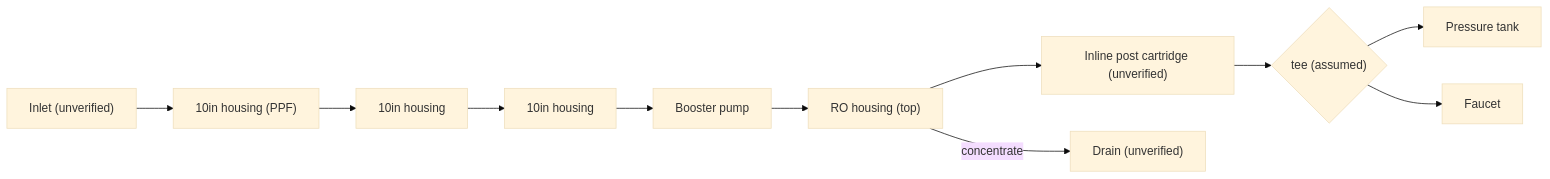
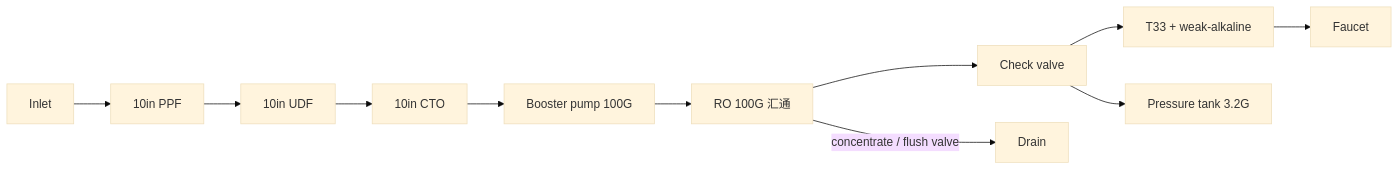
The diagram in research/videos/07-BV1M24y1a7Nk.md (BassShang/diy-ro-water-purifier), drawn with Mermaid (base theme) before and after one commit. The commit also changed other lines of this file and 1 other file, not shown here.

````diff
--- a/research/videos/07-BV1M24y1a7Nk.md
+++ b/research/videos/07-BV1M24y1a7Nk.md
@@ -28,9 +32,9 @@
 ```mermaid
 flowchart LR
-  IN["Inlet (unverified)"] --> P1["10in housing (PPF)"] --> P2["10in housing"] --> P3["10in housing"]
-  P3 --> PUMP["Booster pump"] --> RO["RO housing (top)"]
-  RO --> POST["Inline post cartridge (unverified)"] --> TEE{"tee (assumed)"}
-  TEE --> TANK["Pressure tank"]
-  TEE --> FAU["Faucet"]
-  RO -- concentrate --> DR["Drain (unverified)"]
+  IN["Inlet"] --> PPF["10in PPF"] --> UDF["10in UDF"] --> CTO["10in CTO"]
+  CTO --> PUMP["Booster pump 100G"] --> RO["RO 100G 汇通"]
+  RO --> CHK["Check valve"] --> POST["T33 + weak-alkaline"]
+  POST --> FAU["Faucet"]
+  CHK --> TANK["Pressure tank 3.2G"]
+  RO -- concentrate / flush valve --> DR["Drain"]
 ```
````
